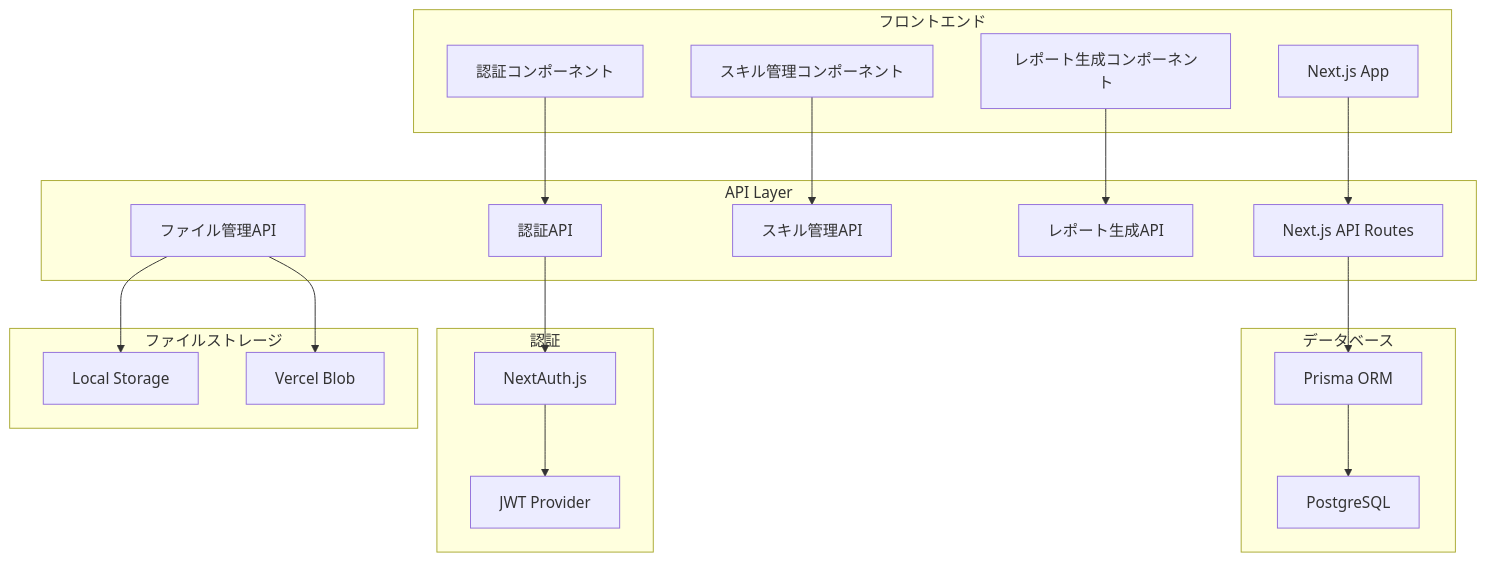
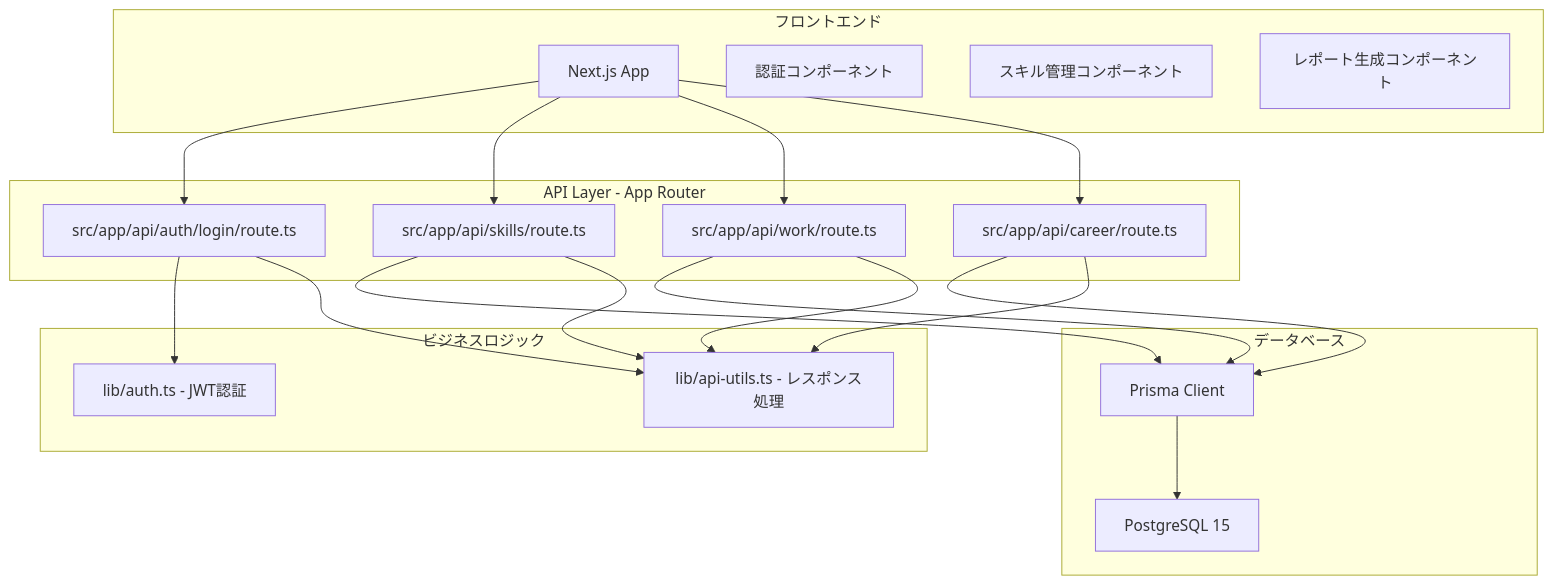
One commit to sas-dx/skill-report-web changed the diagram in docs/testing/04_統合テスト実装ガイド.md. Above: the diagram before and after it, drawn with Mermaid. The commit also changed other lines of this file, not shown here.

````diff
--- a/docs/testing/04_統合テスト実装ガイド.md
+++ b/docs/testing/04_統合テスト実装ガイド.md
@@ -35,43 +35,43 @@
 ```mermaid
 graph TB
     subgraph "フロントエンド"
         A[Next.js App]
         B[認証コンポーネント]
         C[スキル管理コンポーネント]
         D[レポート生成コンポーネント]
     end
-    
-    subgraph "API Layer"
-        E[Next.js API Routes]
-        F[認証API]
-        G[スキル管理API]
-        H[レポート生成API]
-        I[ファイル管理API]
+
+    subgraph "API Layer - App Router"
+        E[src/app/api/auth/login/route.ts]
+        F[src/app/api/skills/route.ts]
+        G[src/app/api/work/route.ts]
+        H[src/app/api/career/route.ts]
     end
-    
+
+    subgraph "ビジネスロジック"
+        I[lib/auth.ts - JWT認証]
+        J[lib/api-utils.ts - レスポンス処理]
+    end
+
     subgraph "データベース"
-        J[PostgreSQL]
-        K[Prisma ORM]
+        K[Prisma Client]
+        L[PostgreSQL 15]
     end
-    
-    subgraph "認証"
-        L[NextAuth.js]
-        M[JWT Provider]
-    end
-    
-    subgraph "ファイルストレージ"
-        N[Local Storage]
-        O[Vercel Blob]
-    end
-    
+
     A --> E
-    B --> F
-    C --> G
-    D --> H
-    E --> K
-    K --> J
-    F --> L
-    L --> M
-    I --> N
-    I --> O
+    A --> F
+    A --> G
+    A --> H
+
+    E --> I
+    F --> K
+    G --> K
+    H --> K
+
+    E --> J
+    F --> J
+    G --> J
+    H --> J
+
+    K --> L
 ```
````
